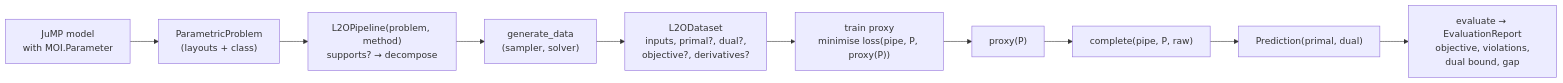
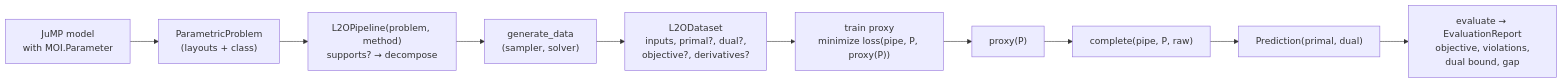
One commit to LearningToOptimize/LearningToOptimize.jl changed the third of 5 diagrams in docs/src/design.md. Above: the diagram before and after it, drawn with Mermaid. The commit also changed other lines of this file and 15 other files, not shown here.

````diff
--- a/docs/src/design.md
+++ b/docs/src/design.md
@@ -119,12 +119,12 @@
 ```mermaid
 flowchart LR
     M["JuMP model<br/>with MOI.Parameter"] --> PP["ParametricProblem<br/>(layouts + class)"]
     PP --> PIPE["L2OPipeline(problem, method)<br/>supports? → decompose"]
     PIPE --> GD["generate_data<br/>(sampler, solver)"]
     GD --> DS["L2ODataset<br/>inputs, primal?, dual?,<br/>objective?, derivatives?"]
-    DS --> TR["train proxy<br/>minimise loss(pipe, P, proxy(P))"]
+    DS --> TR["train proxy<br/>minimize loss(pipe, P, proxy(P))"]
     TR --> PX["proxy(P)"]
     PX --> CO["complete(pipe, P, raw)"]
     CO --> PR["Prediction(primal, dual)"]
     PR --> EV["evaluate → EvaluationReport<br/>objective, violations,<br/>dual bound, gap"]
 ```
````
